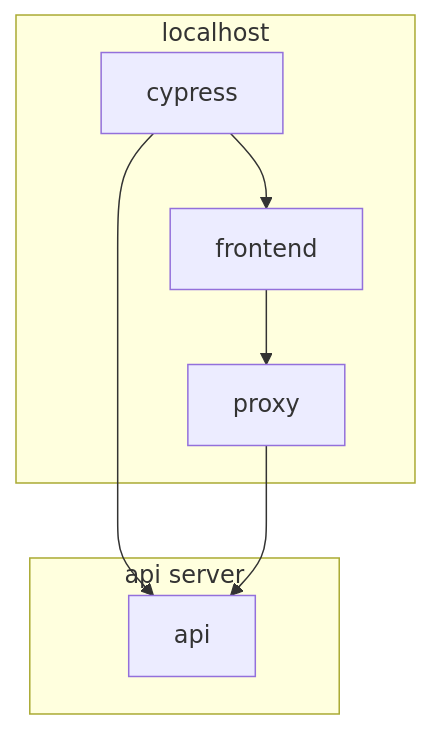
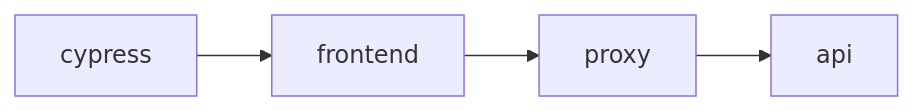
One commit to ansible/ansible-ui changed the diagram in cypress/CYPRESS.md. Above: the diagram before and after it, drawn with Mermaid. The commit also changed other lines of this file and 2 other files, not shown here.

Commit message:
cypress testing docs

````diff
--- a/cypress/CYPRESS.md
+++ b/cypress/CYPRESS.md
@@ -31,12 +22,6 @@
 ```mermaid
-graph TD;
-  subgraph localhost
+graph LR;
     cypress --> frontend
     frontend --> proxy
-  end
-
-  subgraph api server
-      cypress --> api
-      proxy --> api
-  end
+    proxy --> api
 ```
````
